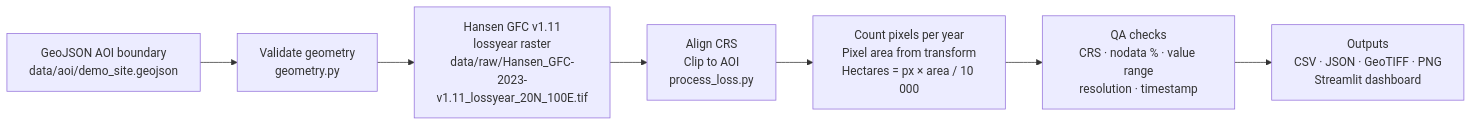
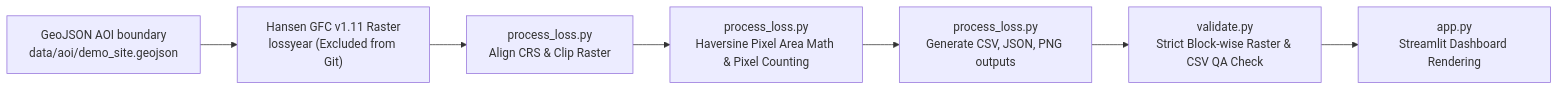
The diagram in README.md (gaurav-619/forest-change-monitor), drawn with Mermaid before and after one commit. The commit also changed other lines of this file and 28 other files, not shown here.

````diff
--- a/README.md
+++ b/README.md
@@ -19,16 +17,10 @@
 ```mermaid
 flowchart LR
     A["GeoJSON AOI boundary<br/>data/aoi/demo_site.geojson"] --> B
-
-    B["Validate geometry<br/>geometry.py"] --> C
-
-    C["Hansen GFC v1.11<br/>lossyear raster<br/>data/raw/Hansen_GFC-2023-v1.11_lossyear_20N_100E.tif"] --> D
-
-    D["Align CRS<br/>Clip to AOI<br/>process_loss.py"] --> E
-
-    E["Count pixels per year<br/>Pixel area from transform<br/>Hectares = px × area / 10 000"] --> F
-
-    F["QA checks<br/>CRS · nodata % · value range<br/>resolution · timestamp"] --> G
-
-    G["Outputs<br/>CSV · JSON · GeoTIFF · PNG<br/>Streamlit dashboard"]
+    B["Hansen GFC v1.11 Raster<br/>lossyear (Excluded from Git)"] --> C
+    C["process_loss.py<br/>Align CRS & Clip Raster"] --> D
+    D["process_loss.py<br/>Haversine Pixel Area Math & Pixel Counting"] --> E
+    E["process_loss.py<br/>Generate CSV, JSON, PNG outputs"] --> F
+    F["validate.py<br/>Strict Block-wise Raster & CSV QA Check"] --> G
+    G["app.py<br/>Streamlit Dashboard Rendering"]
 ```
````
